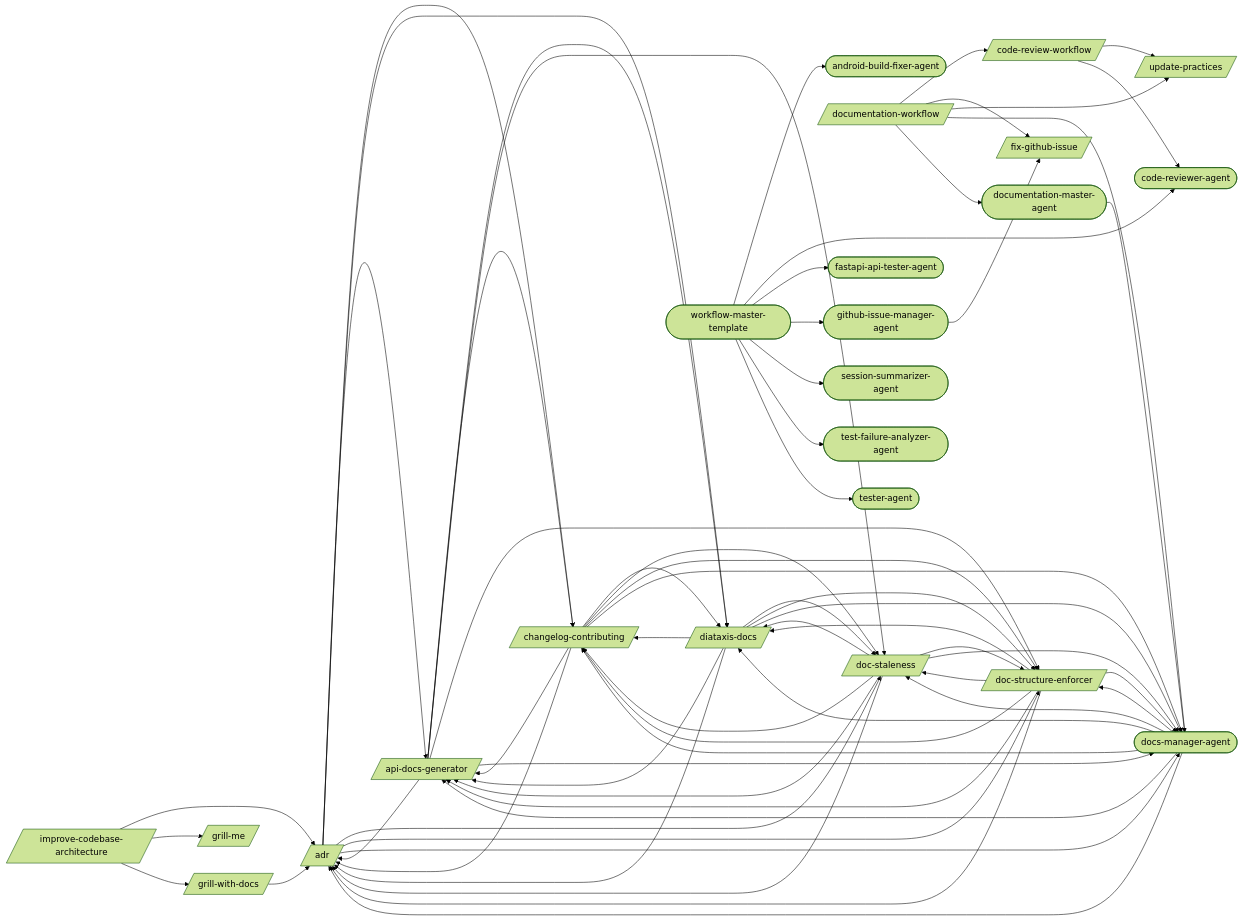
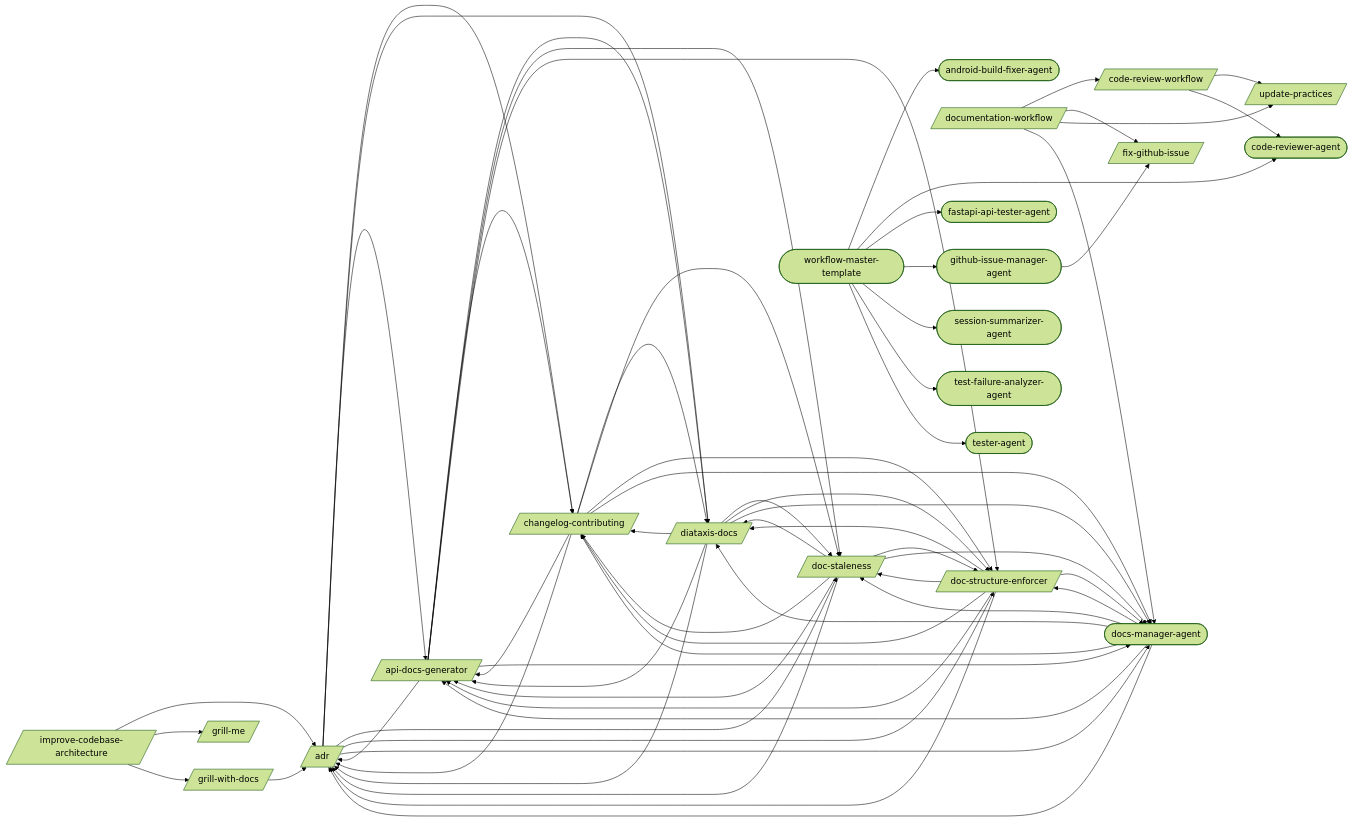
Before and after one commit to abhayla/claude-best-practices: the first of 17 diagrams in docs/workflows/documentation.md, drawn with Mermaid (forest theme). The commit also changed other lines of this file and 29 other files, not shown here.

```diff
--- a/docs/workflows/documentation.md
+++ b/docs/workflows/documentation.md
@@ -24,7 +24,6 @@
     android_build_fixer_agent([android-build-fixer-agent])
     code_reviewer_agent([code-reviewer-agent])
     docs_manager_agent([docs-manager-agent])
-    documentation_master_agent([documentation-master-agent])
     fastapi_api_tester_agent([fastapi-api-tester-agent])
     github_issue_manager_agent([github-issue-manager-agent])
     session_summarizer_agent([session-summarizer-agent])
@@ -73,7 +72,6 @@
     documentation_workflow --> fix_github_issue
     documentation_workflow --> update_practices
     documentation_workflow --> docs_manager_agent
-    documentation_workflow --> documentation_master_agent
     grill_with_docs --> adr
     improve_codebase_architecture --> adr
     improve_codebase_architecture --> grill_me
@@ -84,7 +82,6 @@
     docs_manager_agent --> diataxis_docs
     docs_manager_agent --> doc_staleness
     docs_manager_agent --> doc_structure_enforcer
-    documentation_master_agent --> docs_manager_agent
     github_issue_manager_agent --> fix_github_issue
     workflow_master_template --> android_build_fixer_agent
     workflow_master_template --> code_reviewer_agent
```
